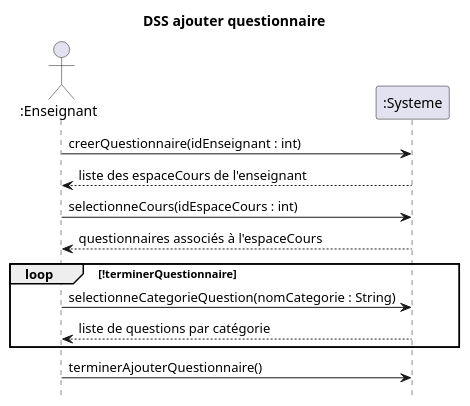
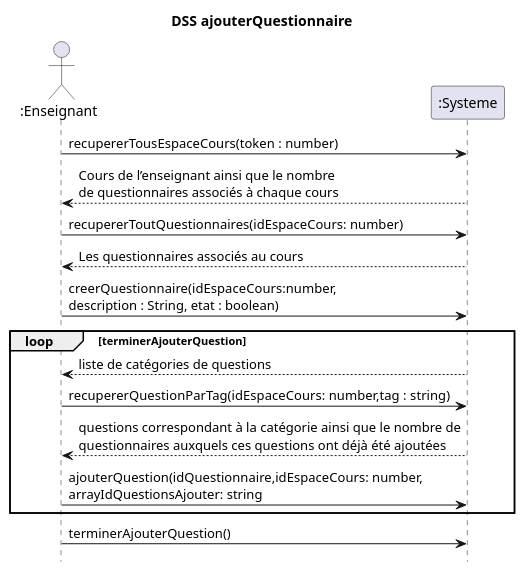
Before and after one commit to nerdz88/SGA-TS: the diagram in docs/Ajouter questionnaire/DSS_Ajouter_Questionnaire.puml, drawn with PlantUML. The commit also changed 10 other files, not shown here.

```diff
--- a/docs/Ajouter questionnaire/DSS_Ajouter_Questionnaire.puml
+++ b/docs/Ajouter questionnaire/DSS_Ajouter_Questionnaire.puml
@@ -1,17 +1,19 @@
-@startuml DSS_Ajouter_Question
-title DSS ajouter questionnaire
+@startuml DSS_ajouterQuestionnaire
+title DSS ajouterQuestionnaire
 hide footbox
 actor ":Enseignant" as professeur
 participant ":Systeme" as systeme
 
-professeur ->  systeme : creerQuestionnaire(idEnseignant : int)
-professeur <-- systeme : liste des espaceCours de l'enseignant
-professeur -> systeme : selectionneCours(idEspaceCours : int)
-professeur <-- systeme : questionnaires associés à l'espaceCours
-
-loop !terminerQuestionnaire
-professeur -> systeme : selectionneCategorieQuestion(nomCategorie : String)
-systeme --> professeur : liste de questions par catégorie
+professeur ->  systeme : recupererTousEspaceCours(token : number)
+systeme --> professeur : Cours de l’enseignant ainsi que le nombre\nde questionnaires associés à chaque cours
+professeur -> systeme : recupererToutQuestionnaires(idEspaceCours: number)
+systeme --> professeur : Les questionnaires associés au cours
+professeur -> systeme : creerQuestionnaire(idEspaceCours:number,\ndescription : String, etat : boolean)
+loop terminerAjouterQuestion
+systeme --> professeur : liste de catégories de questions
+professeur -> systeme : recupererQuestionParTag(idEspaceCours: number,tag : string)
+systeme --> professeur : questions correspondant à la catégorie ainsi que le nombre de\nquestionnaires auxquels ces questions ont déjà été ajoutées
+professeur -> systeme : ajouterQuestion(idQuestionnaire,idEspaceCours: number,\narrayIdQuestionsAjouter: string
 end
-professeur -> systeme : terminerAjouterQuestionnaire()
+professeur -> systeme : terminerAjouterQuestion()
 @enduml
```
